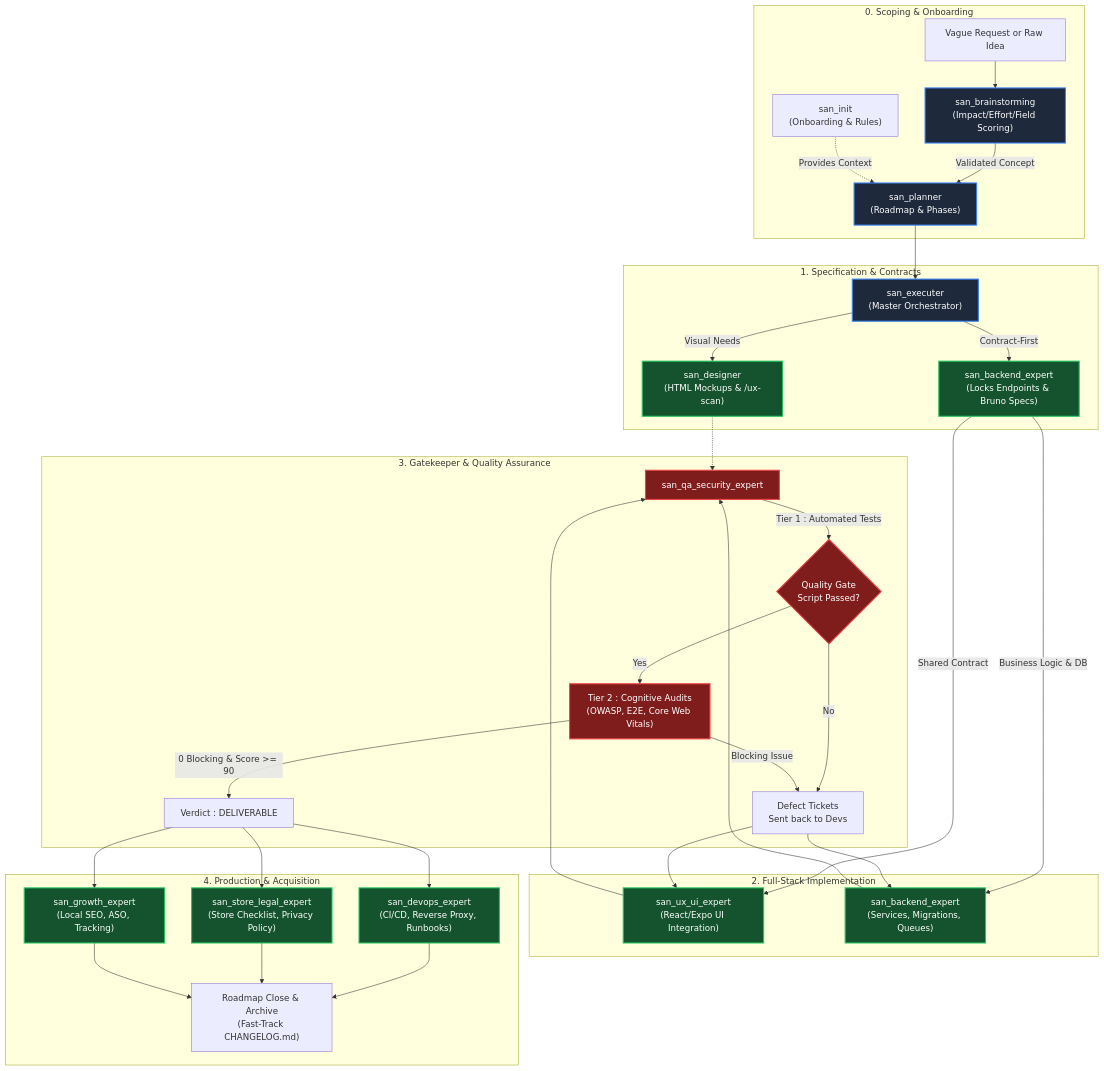
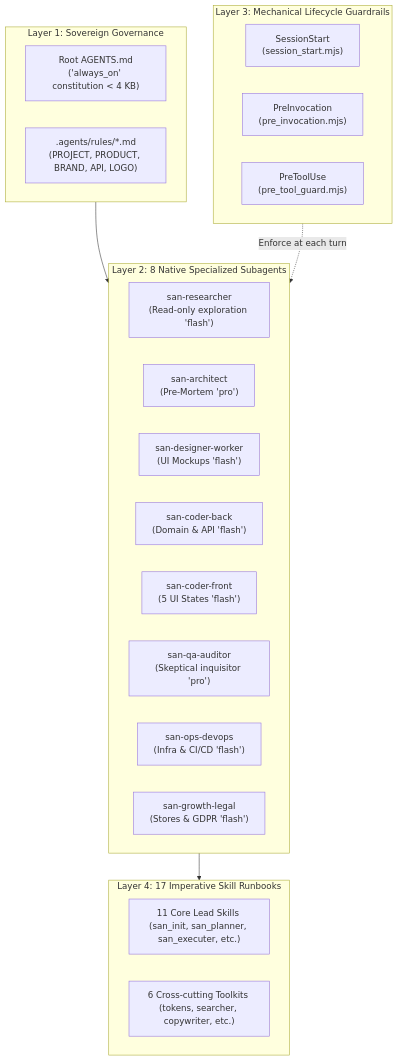
One commit to alexsan-dev/san_agy_framework changed the first of 2 diagrams in README.en.md. Above: the diagram before and after it, drawn with Mermaid. The commit also changed other lines of this file and 114 other files, not shown here.

````diff
--- a/README.en.md
+++ b/README.en.md
@@ -162,49 +34,33 @@
 ```mermaid
 flowchart TD
-    subgraph S0["0. Scoping & Onboarding"]
-        A["Vague Request or Raw Idea"] --> B["san_brainstorming<br/>(Impact/Effort/Field Scoring)"]
-        B -->|Validated Concept| C["san_planner<br/>(Roadmap & Phases)"]
-        INIT["san_init<br/>(Onboarding & Rules)"] -.->|Provides Context| C
+    subgraph L1["Layer 1: Sovereign Governance"]
+        C1A["Root AGENTS.md<br/>('always_on' constitution < 4 KB)"]
+        C1B[".agents/rules/*.md<br/>(PROJECT, PRODUCT, BRAND, API, LOGO)"]
     end
 
-    subgraph S1["1. Specification & Contracts"]
-        C --> D["san_executer<br/>(Master Orchestrator)"]
-        D -->|Visual Needs| E["san_designer<br/>(HTML Mockups & /ux-scan)"]
-        D -->|Contract-First| F["san_backend_expert<br/>(Locks Endpoints & Bruno Specs)"]
+    subgraph L2["Layer 2: 8 Native Specialized Subagents"]
+        C2A["san-researcher<br/>(Read-only exploration 'flash')"]
+        C2B["san-architect<br/>(Pre-Mortem 'pro')"]
+        C2C["san-designer-worker<br/>(UI Mockups 'flash')"]
+        C2D["san-coder-back<br/>(Domain & API 'flash')"]
+        C2E["san-coder-front<br/>(5 UI States 'flash')"]
+        C2F["san-qa-auditor<br/>(Skeptical inquisitor 'pro')"]
+        C2G["san-ops-devops<br/>(Infra & CI/CD 'flash')"]
+        C2H["san-growth-legal<br/>(Stores & GDPR 'flash')"]
     end
 
-    subgraph S2["2. Full-Stack Implementation"]
-        F -->|Shared Contract| G["san_ux_ui_expert<br/>(React/Expo UI Integration)"]
-        F -->|Business Logic & DB| H["san_backend_expert<br/>(Services, Migrations, Queues)"]
+    subgraph L3["Layer 3: Mechanical Lifecycle Guardrails"]
+        C3A["SessionStart<br/>(session_start.mjs)"]
+        C3B["PreInvocation<br/>(pre_invocation.mjs)"]
+        C3C["PreToolUse<br/>(pre_tool_guard.mjs)"]
     end
 
-    subgraph S3["3. Gatekeeper & Quality Assurance"]
-        G --> I["san_qa_security_expert"]
-        H --> I
-        E -.-> I
-        I -->|Tier 1 : Automated Tests| J{"Quality Gate<br/>Script Passed?"}
-        J -->|No| K["Defect Tickets<br/>Sent back to Devs"]
-        K --> G
-        K --> H
-        J -->|Yes| L["Tier 2 : Cognitive Audits<br/>(OWASP, E2E, Core Web Vitals)"]
-        L -->|Blocking Issue| K
-        L -->|0 Blocking & Score >= 90| M["Verdict : DELIVERABLE"]
+    subgraph L4["Layer 4: 17 Imperative Skill Runbooks"]
+        C4A["11 Core Lead Skills (san_init, san_planner, san_executer, etc.)"]
+        C4B["6 Cross-cutting Toolkits (tokens, searcher, copywriter, etc.)"]
     end
 
-    subgraph S4["4. Production & Acquisition"]
-        M --> N["san_devops_expert<br/>(CI/CD, Reverse Proxy, Runbooks)"]
-        M --> O["san_store_legal_expert<br/>(Store Checklist, Privacy Policy)"]
-        M --> P["san_growth_expert<br/>(Local SEO, ASO, Tracking)"]
-        N --> Q["Roadmap Close & Archive<br/>(Fast-Track CHANGELOG.md)"]
-        O --> Q
-        P --> Q
-    end
-
-    classDef orchestrator fill:#1e293b,stroke:#3b82f6,stroke-width:2px,color:#fff;
-    classDef gatekeeper fill:#7f1d1d,stroke:#ef4444,stroke-width:2px,color:#fff;
-    classDef dev fill:#14532d,stroke:#22c55e,stroke-width:2px,color:#fff;
-    
-    class D,C,B orchestrator;
-    class I,J,L gatekeeper;
-    class E,F,G,H,N,O,P dev;
+    L1 --> L2
+    L3 -.->|Enforce at each turn| L2
+    L2 --> L4
 ```
````
